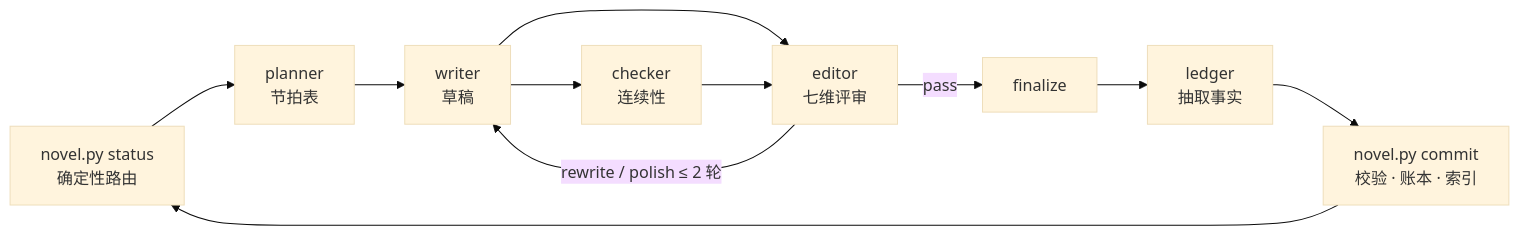
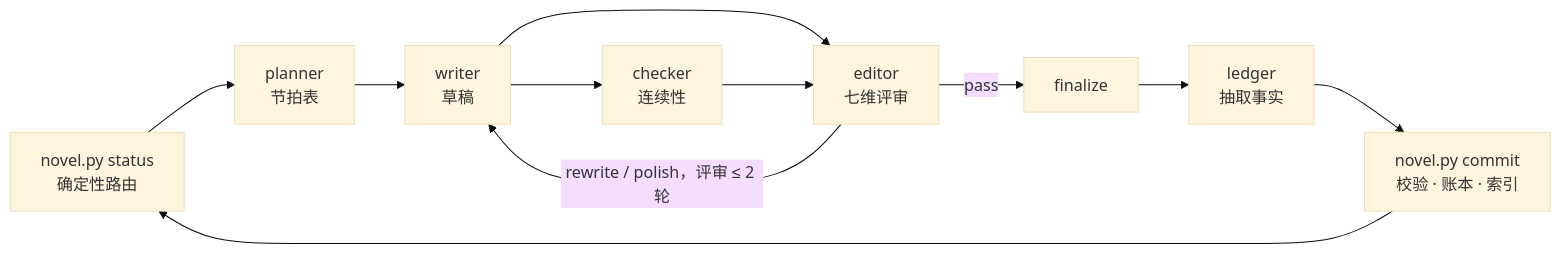
Before and after one commit to hoobnn/novel-harness: the diagram in README.md, drawn with Mermaid (base theme). The commit also changed other lines of this file and 2 other files, not shown here.

````diff
--- a/README.md
+++ b/README.md
@@ -52,13 +52,13 @@
 ```mermaid
 flowchart LR
     S[novel.py status<br/>确定性路由] --> P[planner<br/>节拍表]
     P --> W[writer<br/>草稿]
     W --> C[checker<br/>连续性]
     W --> E[editor<br/>七维评审]
     C --> E
-    E -->|rewrite / polish ≤ 2 轮| W
+    E -->|rewrite / polish，评审 ≤ 2 轮| W
     E -->|pass| F[finalize]
     F --> L[ledger<br/>抽取事实]
     L --> K[novel.py commit<br/>校验 · 账本 · 索引]
     K --> S
 ```
````
